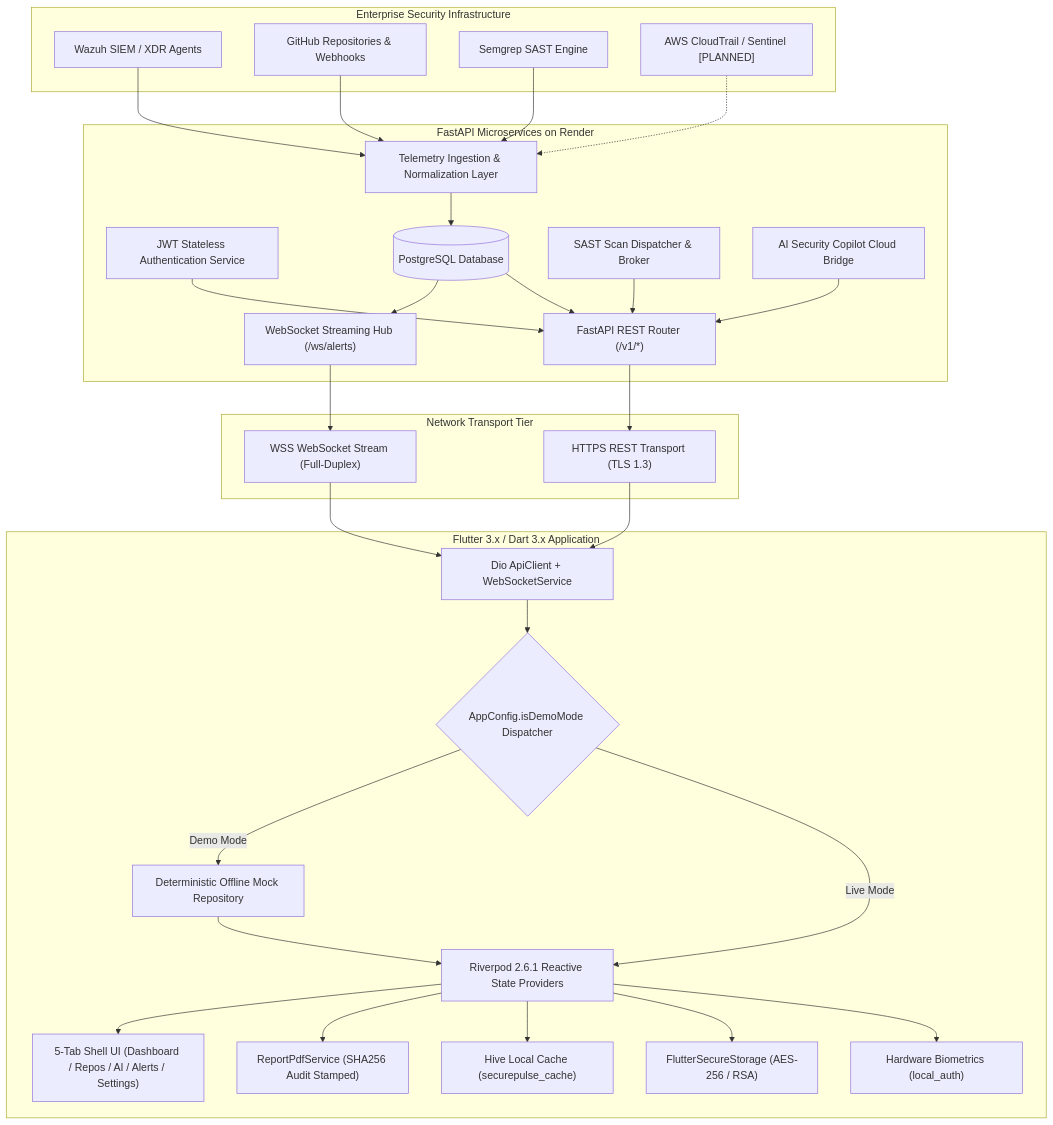
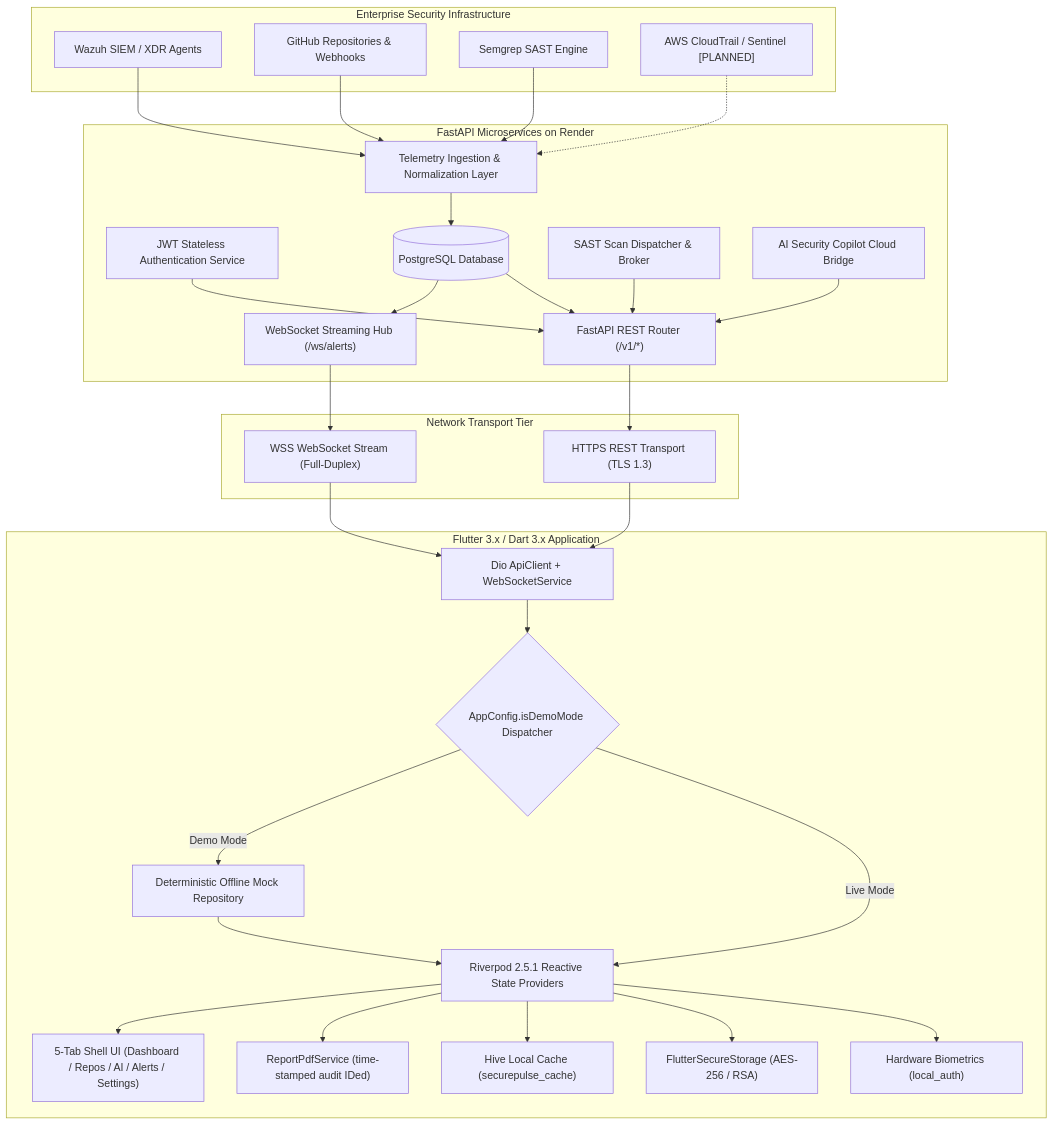
Before and after one commit to NATTOMR/secureguard-mobile: the first of 10 diagrams in docs/PROJECT_REPORT.md, drawn with Mermaid. The commit also changed other lines of this file and 11 other files, not shown here.

First line of the commit message:
docs: final documentation audit - correct package versions, Dockerfile type, SHA256 claim, WebSocket reconnect, FCM status, and add Sections /v1/scans /v1/findings /v1/ai/remediate endpoints

````diff
--- a/docs/PROJECT_REPORT.md
+++ b/docs/PROJECT_REPORT.md
@@ -557,61 +557,61 @@
 ```mermaid
 graph TD
     subgraph Threat Sources & Toolchains [Enterprise Security Infrastructure]
         Wazuh["Wazuh SIEM / XDR Agents"]
         GitHub["GitHub Repositories & Webhooks"]
         Semgrep["Semgrep SAST Engine"]
         CloudTrail["AWS CloudTrail / Sentinel [PLANNED]"]
     end
 
     subgraph SecurePulse Cloud Gateway [FastAPI Microservices on Render]
         Ingest["Telemetry Ingestion & Normalization Layer"]
         AuthService["JWT Stateless Authentication Service"]
         DB[(PostgreSQL Database)]
         ScanOrchestrator["SAST Scan Dispatcher & Broker"]
         LLMBridge["AI Security Copilot Cloud Bridge"]
         WSServer["WebSocket Streaming Hub (/ws/alerts)"]
         RESTRouter["FastAPI REST Router (/v1/*)"]
     end
 
     subgraph Network Transport Tier
         HTTPS_REST["HTTPS REST Transport (TLS 1.3)"]
         WSS_Stream["WSS WebSocket Stream (Full-Duplex)"]
     end
 
     subgraph SecurePulse Mobile Client [Flutter 3.x / Dart 3.x Application]
         NetLayer["Dio ApiClient + WebSocketService"]
         ModeGate{"AppConfig.isDemoMode Dispatcher"}
         MockEngine["Deterministic Offline Mock Repository"]
-        RiverpodState["Riverpod 2.6.1 Reactive State Providers"]
+        RiverpodState["Riverpod 2.5.1 Reactive State Providers"]
         BioAuth["Hardware Biometrics (local_auth)"]
         KeyStore["FlutterSecureStorage (AES-256 / RSA)"]
         HiveDB["Hive Local Cache (securepulse_cache)"]
-        VectorPDF["ReportPdfService (SHA256 Audit Stamped)"]
+        VectorPDF["ReportPdfService (time-stamped audit IDed)"]
         UIPresentation["5-Tab Shell UI (Dashboard / Repos / AI / Alerts / Settings)"]
     end
 
     Wazuh --> Ingest
     GitHub --> Ingest
     Semgrep --> Ingest
     CloudTrail -.-> Ingest
 
     Ingest --> DB
     DB --> RESTRouter
     DB --> WSServer
     ScanOrchestrator --> RESTRouter
     LLMBridge --> RESTRouter
     AuthService --> RESTRouter
 
     RESTRouter --> HTTPS_REST
     WSServer --> WSS_Stream
 
     HTTPS_REST --> NetLayer
     WSS_Stream --> NetLayer
 
     NetLayer --> ModeGate
     ModeGate -- Live Mode --> RiverpodState
     ModeGate -- Demo Mode --> MockEngine --> RiverpodState
 
     RiverpodState --> BioAuth & KeyStore & HiveDB & VectorPDF
     RiverpodState --> UIPresentation
 ```
````
